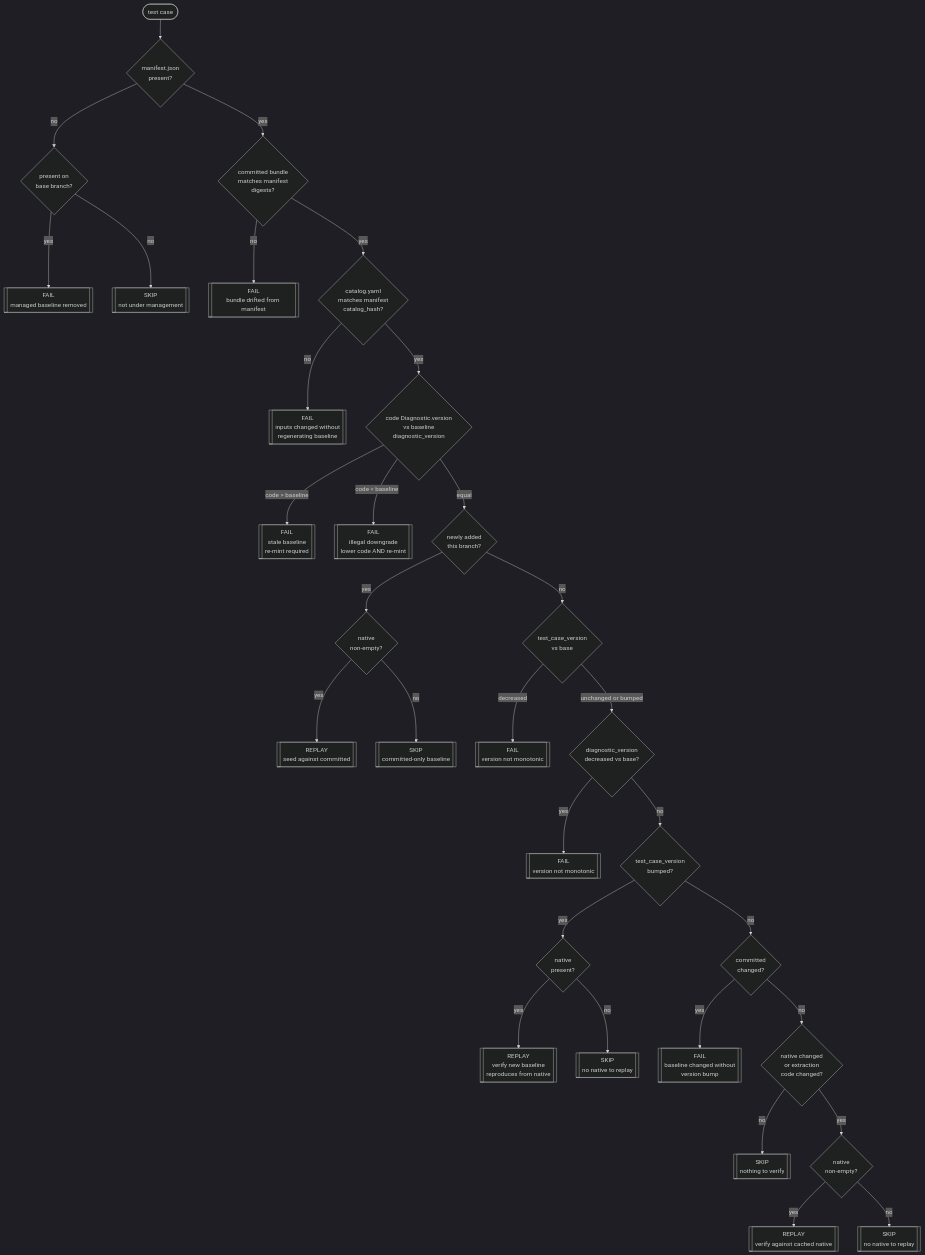
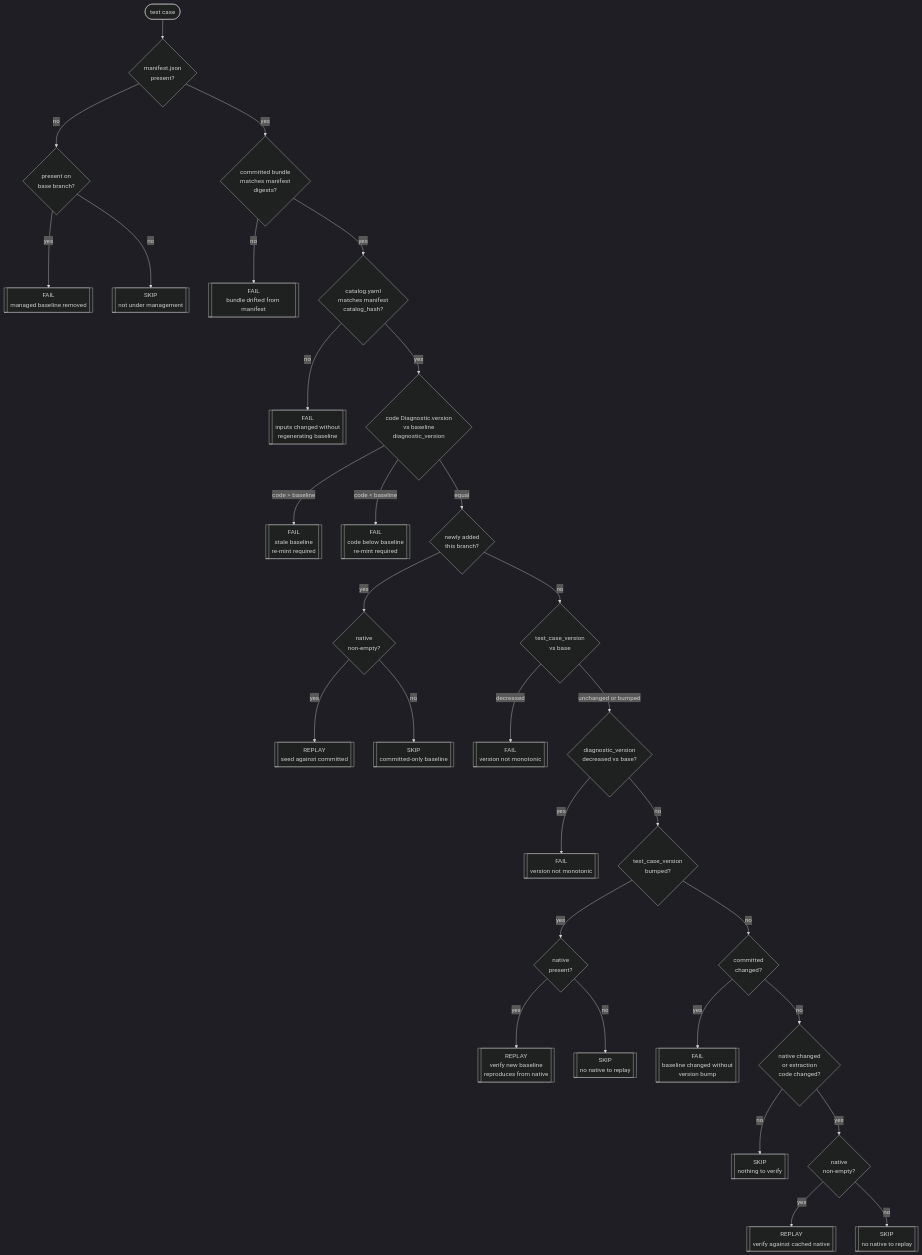
The diagram in docs/background/regression-baselines.md (Climate-REF/climate-ref), drawn with Mermaid (dark theme) before and after one commit. The commit also changed other lines of this file and 1 other file, not shown here.

First line of the commit message:
docs: condense regression baseline docs for diagnostic authors

````diff
--- a/docs/background/regression-baselines.md
+++ b/docs/background/regression-baselines.md
@@ -212,41 +129,41 @@
 ```mermaid
 flowchart TD
     start([test case]) --> hasManifest{manifest.json<br/>present?}
 
     hasManifest -->|no| baseHad{present on<br/>base branch?}
     baseHad -->|yes| failDeleted[["FAIL<br/>managed baseline removed"]]
     baseHad -->|no| skipUnmanaged[["SKIP<br/>not under management"]]
 
     hasManifest -->|yes| committedOk{committed bundle<br/>matches manifest<br/>digests?}
     committedOk -->|no| failDrift[["FAIL<br/>bundle drifted from manifest"]]
 
     committedOk -->|yes| catalogOk{catalog.yaml<br/>matches manifest<br/>catalog_hash?}
     catalogOk -->|no| failCatalog[["FAIL<br/>inputs changed without<br/>regenerating baseline"]]
 
     catalogOk -->|yes| staleVersion{code Diagnostic.version<br/>vs baseline<br/>diagnostic_version}
     staleVersion -->|"code &gt; baseline"| failStale[["FAIL<br/>stale baseline<br/>re-mint required"]]
-    staleVersion -->|"code &lt; baseline"| failDowngrade[["FAIL<br/>illegal downgrade<br/>lower code AND re-mint"]]
+    staleVersion -->|"code &lt; baseline"| failDowngrade[["FAIL<br/>code below baseline<br/>re-mint required"]]
 
     staleVersion -->|equal| seeding{newly added<br/>this branch?}
     seeding -->|yes| seedNative{native<br/>non-empty?}
     seedNative -->|yes| replaySeed[["REPLAY<br/>seed against committed"]]
     seedNative -->|no| skipSeed[["SKIP<br/>committed-only baseline"]]
 
     seeding -->|no| versionCmp{test_case_version<br/>vs base}
     versionCmp -->|decreased| failVersion[["FAIL<br/>version not monotonic"]]
     versionCmp -->|"unchanged or bumped"| diagVersionCmp{diagnostic_version<br/>decreased vs base?}
     diagVersionCmp -->|yes| failDowngrade2[["FAIL<br/>version not monotonic"]]
     diagVersionCmp -->|no| versionBumped{test_case_version<br/>bumped?}
     versionBumped -->|yes| bumpNative{native<br/>present?}
     bumpNative -->|yes| replayBump[["REPLAY<br/>verify new baseline<br/>reproduces from native"]]
     bumpNative -->|no| skipBump[["SKIP<br/>no native to replay"]]
     versionBumped -->|no| committedChanged{committed<br/>changed?}
 
     committedChanged -->|yes| failUnauthorised[["FAIL<br/>baseline changed without<br/>version bump"]]
     committedChanged -->|no| nativeOrExtraction{native changed<br/>or extraction<br/>code changed?}
 
     nativeOrExtraction -->|no| skipNothing[["SKIP<br/>nothing to verify"]]
     nativeOrExtraction -->|yes| triggerNative{native<br/>non-empty?}
     triggerNative -->|yes| replayTrigger[["REPLAY<br/>verify against cached native"]]
     triggerNative -->|no| skipTrigger[["SKIP<br/>no native to replay"]]
 ```
````
